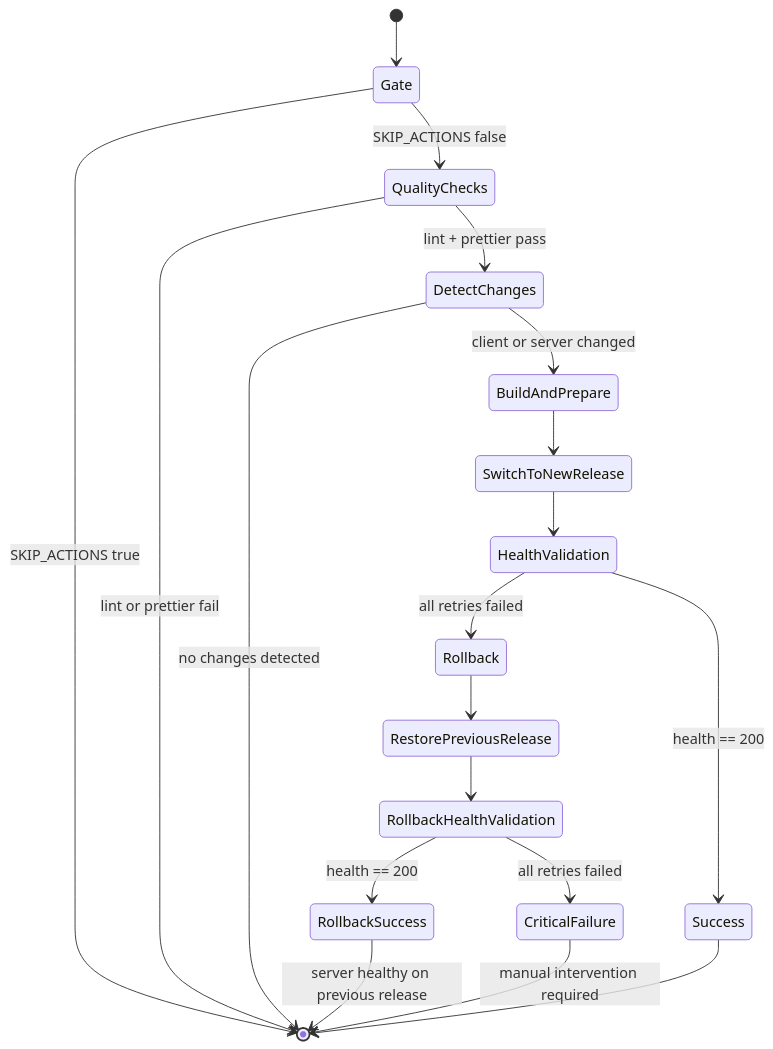
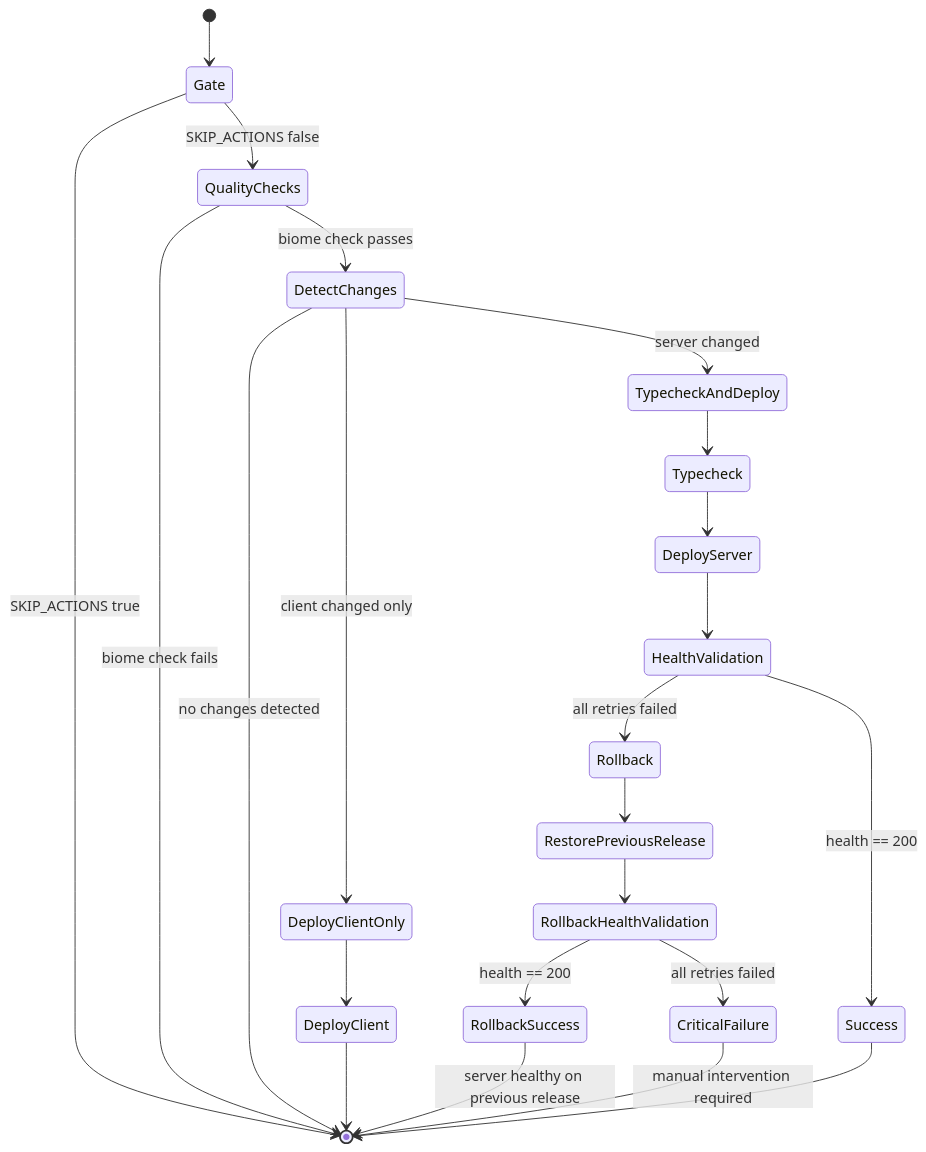
One commit to IamDevTrivedi/Trimium changed the sixth of 6 diagrams in docs/architecture/CI_CD_PIPELINE_ARCHITECTURE.md. Above: the diagram before and after it, drawn with Mermaid. The commit also changed other lines of this file and 69 other files, not shown here.

````diff
--- a/docs/architecture/CI_CD_PIPELINE_ARCHITECTURE.md
+++ b/docs/architecture/CI_CD_PIPELINE_ARCHITECTURE.md
@@ -406,29 +410,34 @@
 ```mermaid
 stateDiagram-v2
     [*] --> Gate
     Gate --> QualityChecks: SKIP_ACTIONS false
     Gate --> [*]: SKIP_ACTIONS true
 
-    QualityChecks --> DetectChanges: lint + prettier pass
-    QualityChecks --> [*]: lint or prettier fail
+    QualityChecks --> DetectChanges: biome check passes
+    QualityChecks --> [*]: biome check fails
 
-    DetectChanges --> BuildAndPrepare: client or server changed
+    DetectChanges --> TypecheckAndDeploy: server changed
+    DetectChanges --> DeployClientOnly: client changed only
     DetectChanges --> [*]: no changes detected
 
-    BuildAndPrepare --> SwitchToNewRelease
-    SwitchToNewRelease --> HealthValidation
+    DeployClientOnly --> DeployClient
+    DeployClient --> [*]
+
+    TypecheckAndDeploy --> Typecheck
+    Typecheck --> DeployServer
+    DeployServer --> HealthValidation
 
     HealthValidation --> Success: health == 200
     HealthValidation --> Rollback: all retries failed
 
     Rollback --> RestorePreviousRelease
     RestorePreviousRelease --> RollbackHealthValidation
 
     RollbackHealthValidation --> RollbackSuccess: health == 200
     RollbackHealthValidation --> CriticalFailure: all retries failed
 
     RollbackSuccess --> [*]: server healthy on previous release
     CriticalFailure --> [*]: manual intervention required
 
     Success --> [*]
 ```
````
